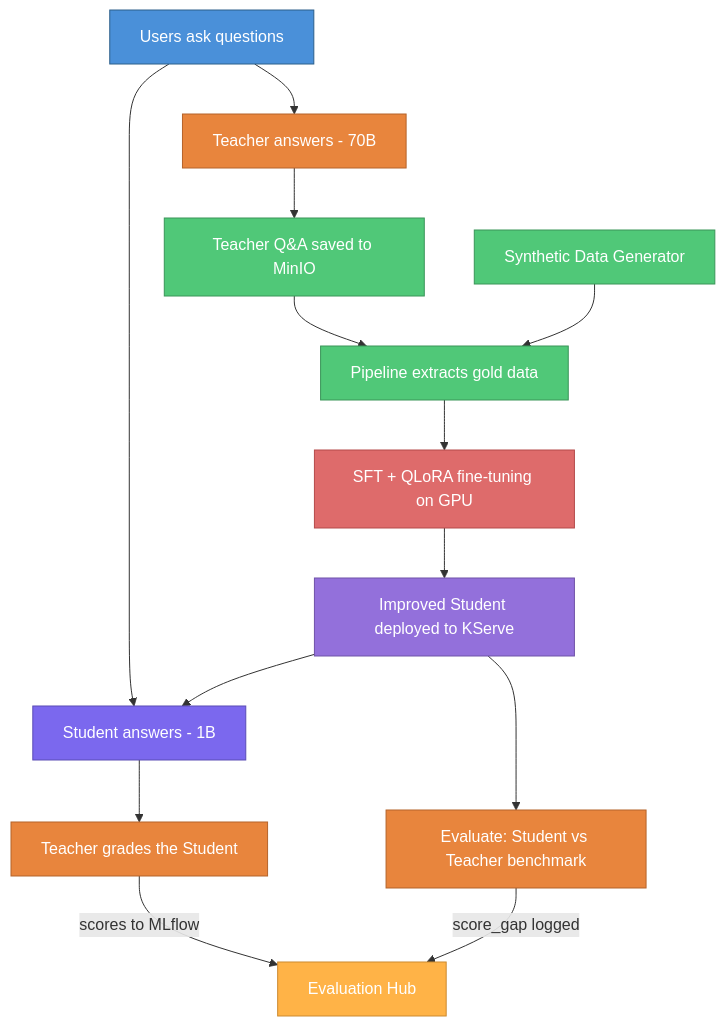
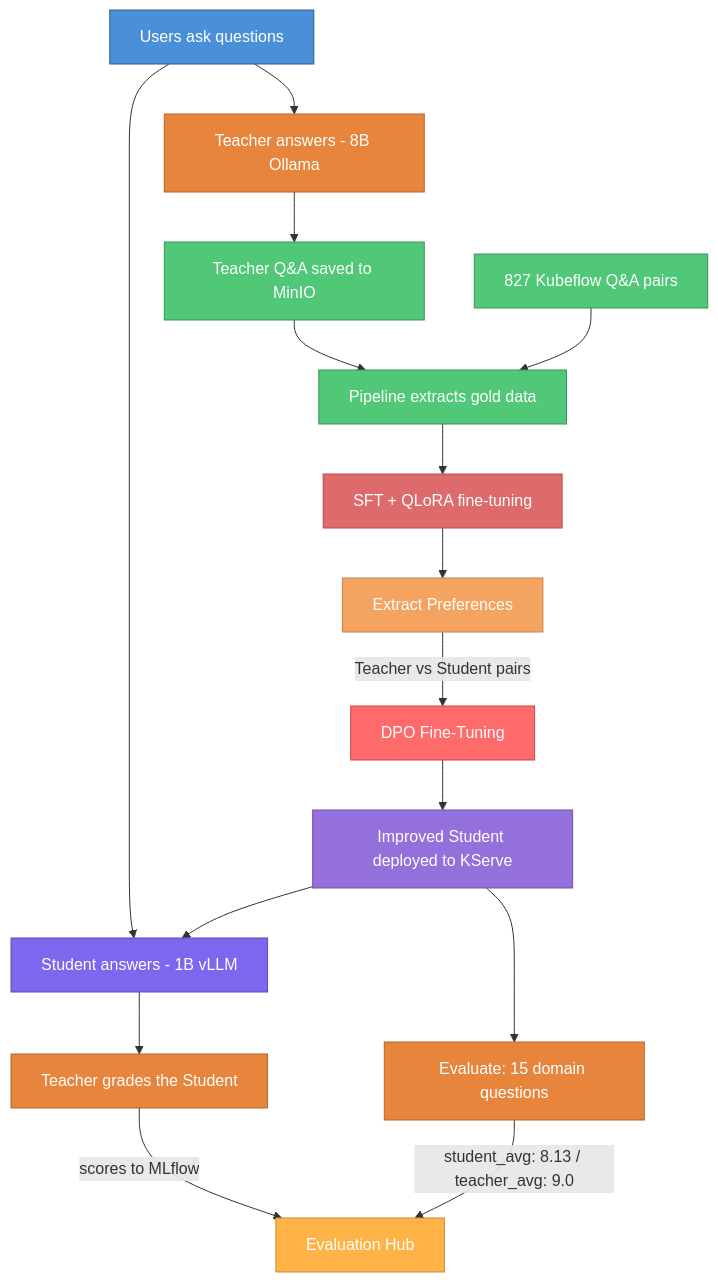
Before and after one commit to Sridhar1030/AgentBuilder: the diagram in docs/executive-summary.md, drawn with Mermaid. The commit also changed other lines of this file and 19 other files, not shown here.

````diff
--- a/docs/executive-summary.md
+++ b/docs/executive-summary.md
@@ -134,27 +167,31 @@
 ```mermaid
 graph TD
-    A[Users ask questions] --> B[Teacher answers - 70B]
-    A --> C[Student answers - 1B]
+    A[Users ask questions] --> B[Teacher answers - 8B Ollama]
+    A --> C[Student answers - 1B vLLM]
     B --> D[Teacher Q&A saved to MinIO]
     C --> E[Teacher grades the Student]
     E -->|scores to MLflow| M[Evaluation Hub]
     D --> F[Pipeline extracts gold data]
-    S[Synthetic Data Generator] --> F
-    F --> G[SFT + QLoRA fine-tuning on GPU]
-    G --> H[Improved Student deployed to KServe]
-    H --> I[Evaluate: Student vs Teacher benchmark]
-    I -->|score_gap logged| M
+    S[827 Kubeflow Q&A pairs] --> F
+    F --> G[SFT + QLoRA fine-tuning]
+    G --> P[Extract Preferences]
+    P -->|Teacher vs Student pairs| DPO[DPO Fine-Tuning]
+    DPO --> H[Improved Student deployed to KServe]
+    H --> I[Evaluate: 15 domain questions]
+    I -->|student_avg: 8.13 / teacher_avg: 9.0| M
     H --> C
 
     style A fill:#4A90D9,stroke:#2C5F8A,color:#fff
     style B fill:#E8853D,stroke:#B5632A,color:#fff
     style C fill:#7B68EE,stroke:#5A4CB5,color:#fff
     style D fill:#50C878,stroke:#3A9559,color:#fff
     style E fill:#E8853D,stroke:#B5632A,color:#fff
     style F fill:#50C878,stroke:#3A9559,color:#fff
     style S fill:#50C878,stroke:#3A9559,color:#fff
     style G fill:#DE6B6B,stroke:#B54A4A,color:#fff
+    style P fill:#F4A460,stroke:#C4814A,color:#fff
+    style DPO fill:#FF6B6B,stroke:#CC4444,color:#fff
     style H fill:#9370DB,stroke:#6F52A8,color:#fff
     style I fill:#E8853D,stroke:#B5632A,color:#fff
     style M fill:#FFB347,stroke:#CC8A30,color:#fff
 ```
````
